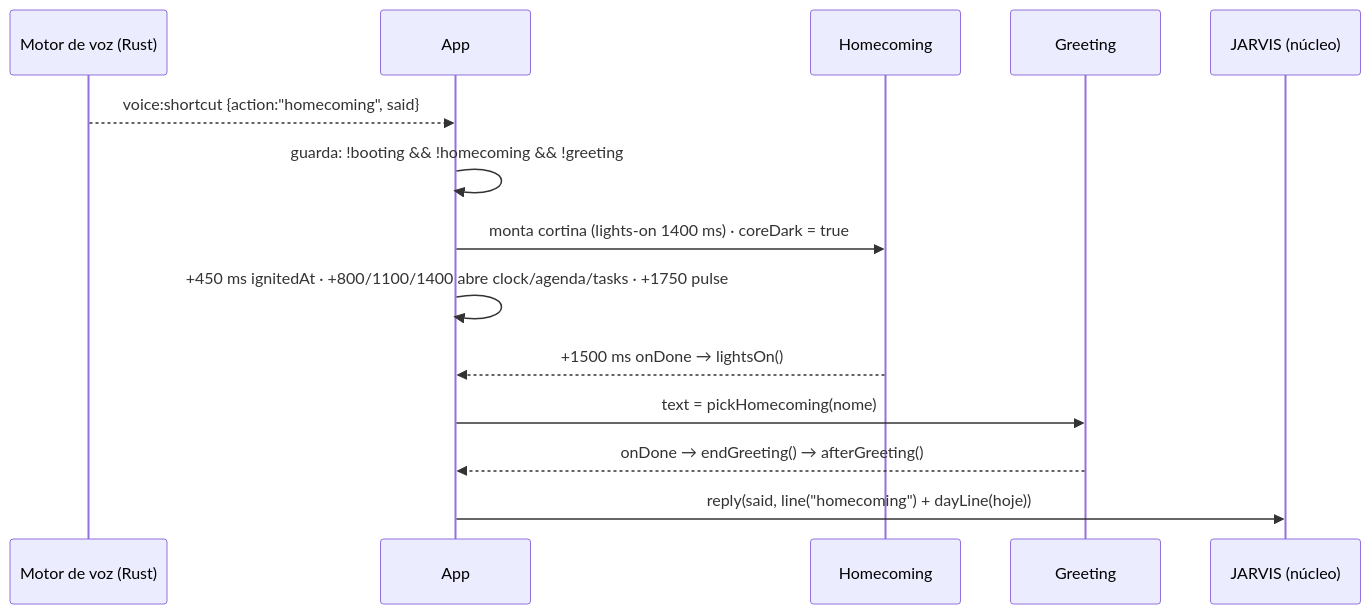
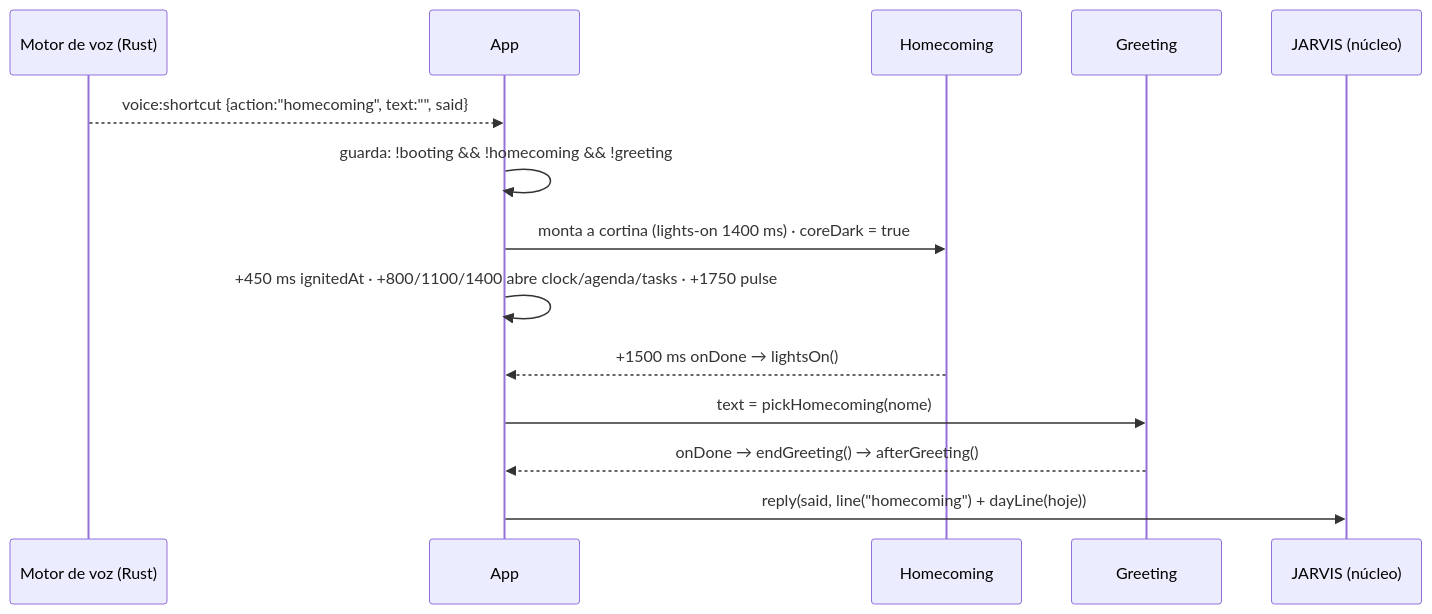
The diagram in .specs/features/greeting-homecoming/spec.md (felipeAguiarCode/jvOS), drawn with Mermaid before and after one commit. The commit also changed other lines of this file and 90 other files, not shown here.

````diff
--- a/.specs/features/greeting-homecoming/spec.md
+++ b/.specs/features/greeting-homecoming/spec.md
@@ -237,16 +351,16 @@
 ```mermaid
 sequenceDiagram
   participant V as Motor de voz (Rust)
   participant A as App
   participant H as Homecoming
   participant G as Greeting
   participant J as JARVIS (núcleo)
-  V-->>A: voice:shortcut {action:"homecoming", said}
+  V-->>A: voice:shortcut {action:"homecoming", text:"", said}
   A->>A: guarda: !booting && !homecoming && !greeting
-  A->>H: monta cortina (lights-on 1400 ms) · coreDark = true
+  A->>H: monta a cortina (lights-on 1400 ms) · coreDark = true
   A->>A: +450 ms ignitedAt · +800/1100/1400 abre clock/agenda/tasks · +1750 pulse
   H-->>A: +1500 ms onDone → lightsOn()
   A->>G: text = pickHomecoming(nome)
   G-->>A: onDone → endGreeting() → afterGreeting()
   A->>J: reply(said, line("homecoming") + dayLine(hoje))
 ```
````
